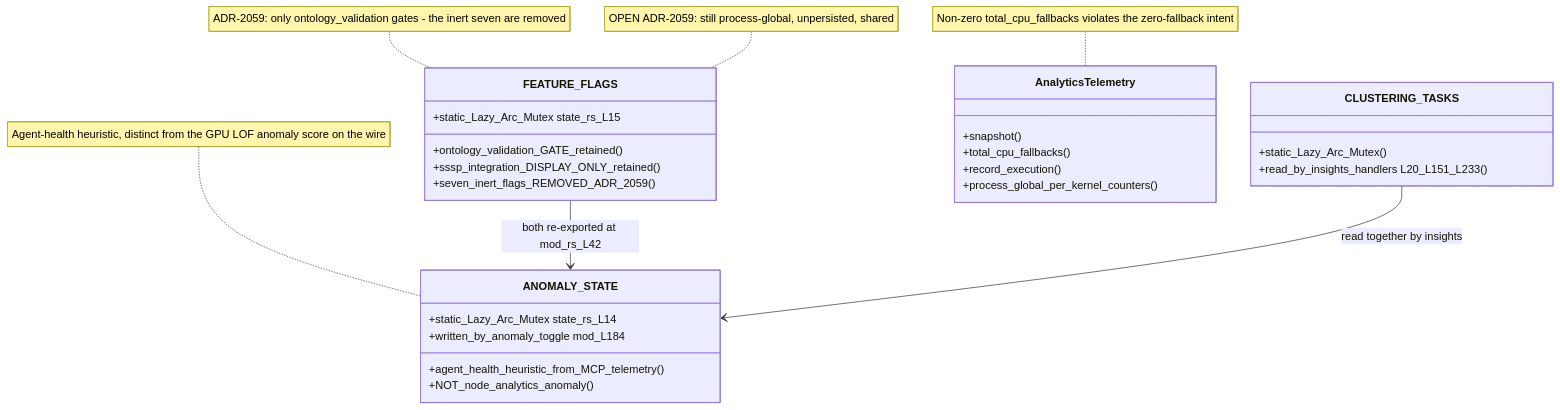
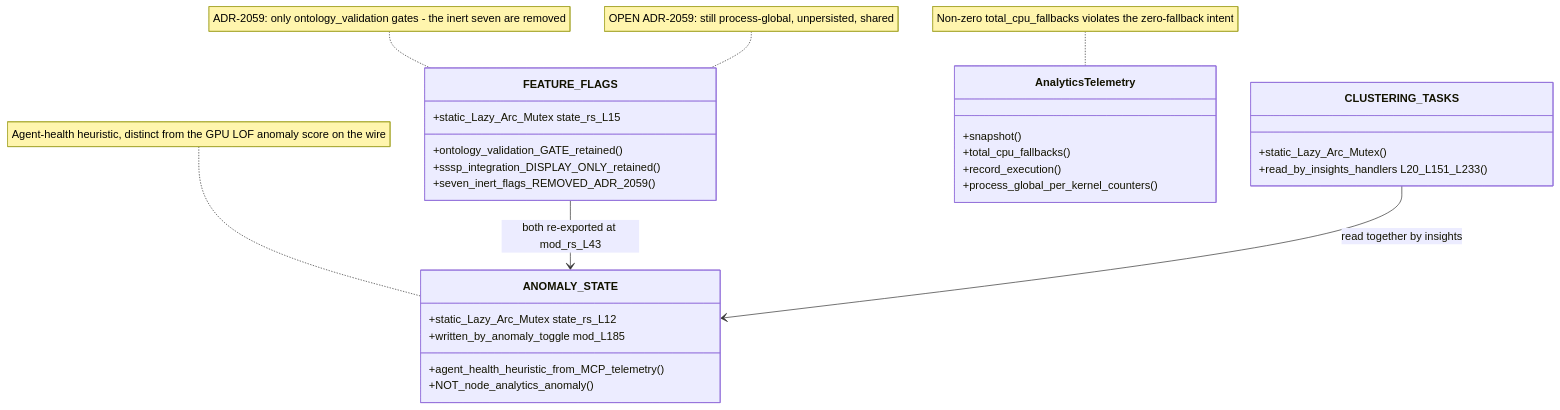
The ninth of 10 diagrams in docs/diagrams/visionclaw/18-analytics-support-handlers.md (DreamLab-AI/VisionFlow), drawn with Mermaid before and after one commit. The commit also changed other lines of this file and 160 other files, not shown here.

````diff
--- a/docs/diagrams/visionclaw/18-analytics-support-handlers.md
+++ b/docs/diagrams/visionclaw/18-analytics-support-handlers.md
@@ -314,32 +320,32 @@
 ```mermaid
 classDiagram
     class FEATURE_FLAGS {
         +static_Lazy_Arc_Mutex state_rs_L15
         +ontology_validation_GATE_retained()
         +sssp_integration_DISPLAY_ONLY_retained()
         +seven_inert_flags_REMOVED_ADR_2059()
     }
     class ANOMALY_STATE {
-        +static_Lazy_Arc_Mutex state_rs_L14
+        +static_Lazy_Arc_Mutex state_rs_L12
         +agent_health_heuristic_from_MCP_telemetry()
-        +written_by_anomaly_toggle mod_L184
+        +written_by_anomaly_toggle mod_L185
         +NOT_node_analytics_anomaly()
     }
     class CLUSTERING_TASKS {
         +static_Lazy_Arc_Mutex()
         +read_by_insights_handlers L20_L151_L233()
     }
     class AnalyticsTelemetry {
         +snapshot()
         +total_cpu_fallbacks()
         +record_execution()
         +process_global_per_kernel_counters()
     }
-    FEATURE_FLAGS --> ANOMALY_STATE : both re-exported at mod_rs_L42
+    FEATURE_FLAGS --> ANOMALY_STATE : both re-exported at mod_rs_L43
     CLUSTERING_TASKS --> ANOMALY_STATE : read together by insights
 
     note for FEATURE_FLAGS "ADR-2059: only ontology_validation gates - the inert seven are removed"
     note for FEATURE_FLAGS "OPEN ADR-2059: still process-global, unpersisted, shared"
     note for ANOMALY_STATE "Agent-health heuristic, distinct from the GPU LOF anomaly score on the wire"
     note for AnalyticsTelemetry "Non-zero total_cpu_fallbacks violates the zero-fallback intent"
 ```
````
